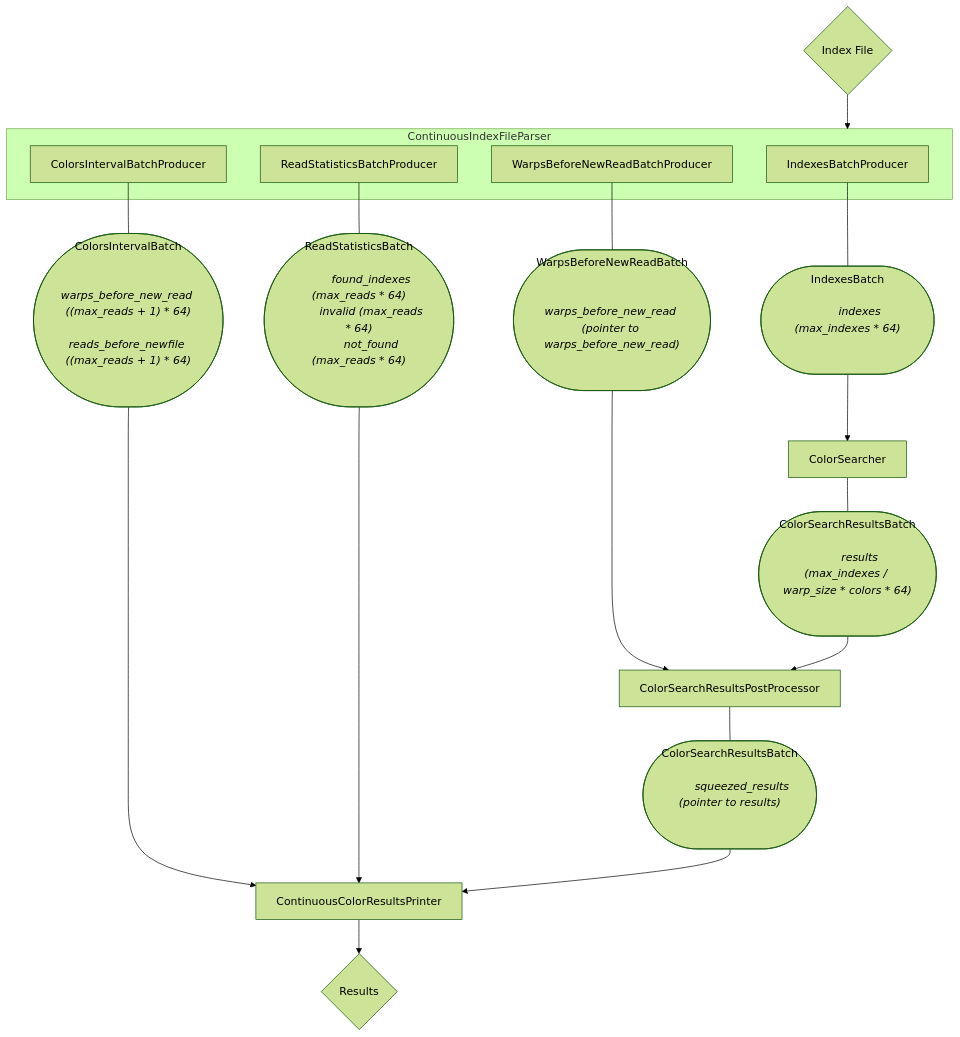
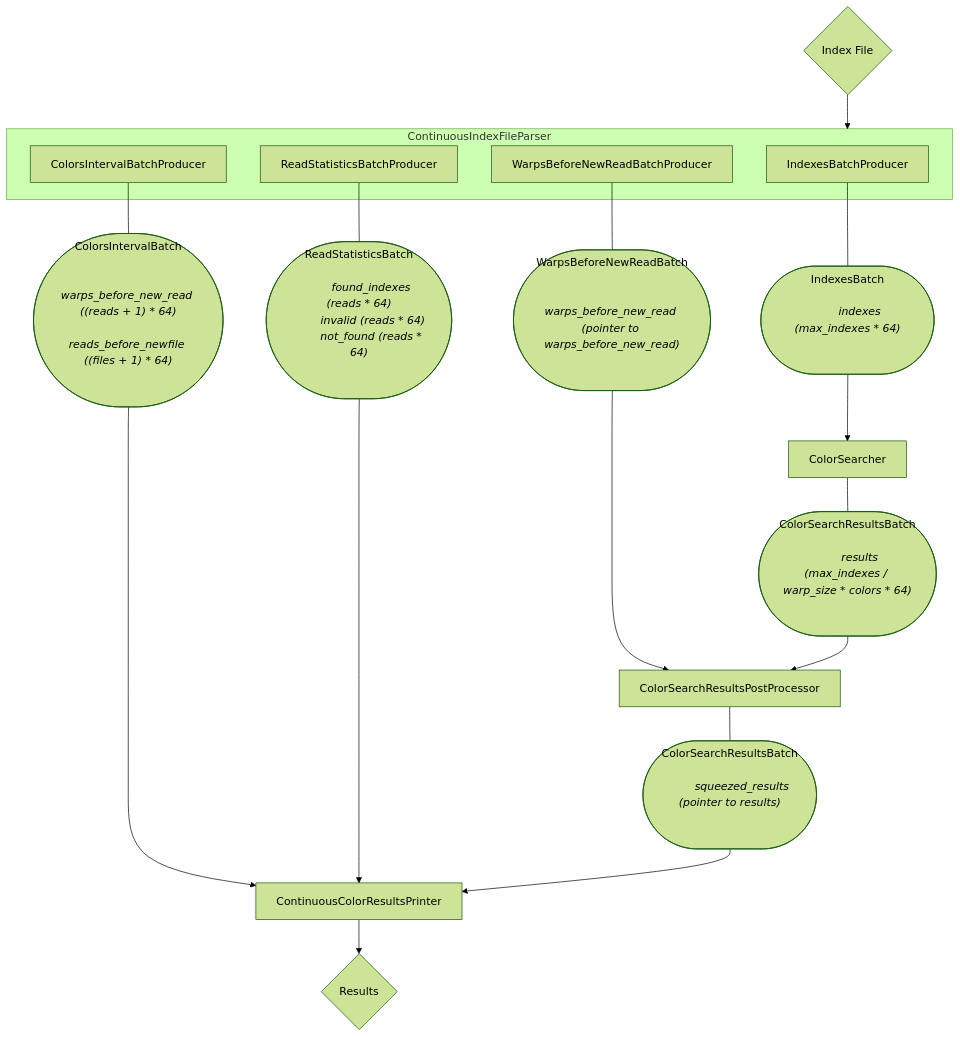
One commit to CowKeyMan/SBWT-Search changed the diagram in documentation/Documents/ProjectDocumentation/graphs/ColorSearchComponentsPipeline.mmd. Above: the diagram before and after it, drawn with Mermaid (forest theme). The commit also changed 11 other files, not shown here.

```diff
--- a/documentation/Documents/ProjectDocumentation/graphs/ColorSearchComponentsPipeline.mmd
+++ b/documentation/Documents/ProjectDocumentation/graphs/ColorSearchComponentsPipeline.mmd
@@ -1,71 +1,71 @@
 flowchart TD
     IndexesBatch(["
         IndexesBatch
         <i>
         indexes (max_indexes * 64)
 
         </i>
     "])
     ColorsIntervalBatch(["
     ColorsIntervalBatch
         <i>
-        warps_before_new_read ((max_reads + 1) * 64)
-        reads_before_newfile ((max_reads + 1) * 64)
+        warps_before_new_read ((reads + 1) * 64)
+        reads_before_newfile ((files + 1) * 64)
 
         </i>
     "])
     WarpsBeforeNewReadBatch(["
         WarpsBeforeNewReadBatch
         <i>
         warps_before_new_read (pointer to warps_before_new_read)
 
         </i>
     "])
     ReadStatisticsBatch(["
         ReadStatisticsBatch
         <i>
-        found_indexes (max_reads * 64)
-        invalid (max_reads * 64)
-        not_found (max_reads * 64)
+        found_indexes (reads * 64)
+        invalid (reads * 64)
+        not_found (reads * 64)
 
         </i>
     "])
     ColorSearchResultsBatch(["
         ColorSearchResultsBatch
         <i>
         results (max_indexes / warp_size * colors * 64)
 
         </i>
     "])
     ColorSearchResultsPostProcessedBatch(["
         ColorSearchResultsBatch
         <i>
         squeezed_results (pointer to results)
 
         </i>
     "])
 
     IndexFile{Index File}-->ContinuousIndexFileParser
     subgraph ContinuousIndexFileParser
         IndexesBatchProducer
         ColorsIntervalBatchProducer
         WarpsBeforeNewReadBatchProducer
         ReadStatisticsBatchProducer
     end
 
     IndexesBatchProducer --- IndexesBatch
     ColorsIntervalBatchProducer --- ColorsIntervalBatch
     WarpsBeforeNewReadBatchProducer --- WarpsBeforeNewReadBatch
     ReadStatisticsBatchProducer --- ReadStatisticsBatch
     ColorSearchResultsPostProcessor --- ColorSearchResultsPostProcessedBatch
     ColorSearcher --- ColorSearchResultsBatch
 
     IndexesBatch-->ColorSearcher
     ColorsIntervalBatch-->ContinuousColorResultsPrinter
     WarpsBeforeNewReadBatch-->ColorSearchResultsPostProcessor
     ColorSearchResultsBatch-->ColorSearchResultsPostProcessor
 
     ReadStatisticsBatch-->ContinuousColorResultsPrinter
     ColorSearchResultsPostProcessedBatch-->ContinuousColorResultsPrinter
 
     ContinuousColorResultsPrinter--> ResultFiles{Results}
```
